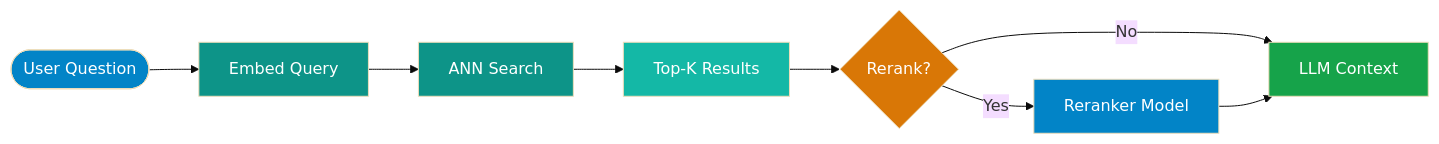
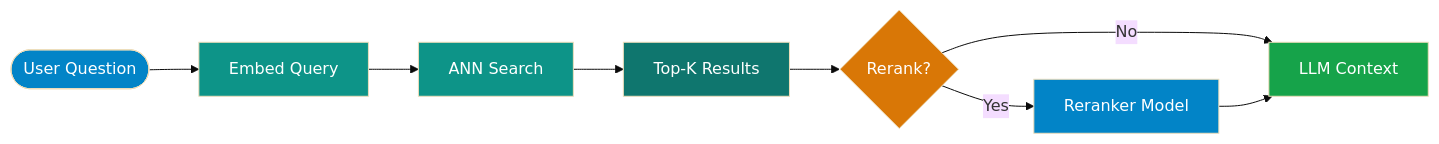
The second of 2 diagrams in docs/rag/vector-databases.md (nitin27may/ai-resources), drawn with Mermaid (base theme) before and after one commit. The commit also changed other lines of this file and 84 other files, not shown here.

````diff
--- a/docs/rag/vector-databases.md
+++ b/docs/rag/vector-databases.md
@@ -102,18 +161,18 @@
 ```mermaid
 flowchart LR
     A([User Question]) --> B[Embed Query]
     B --> C[ANN Search]
     C --> D[Top-K Results]
     D --> E{Rerank?}
     E -- Yes --> F[Reranker Model]
     E -- No --> G[LLM Context]
     F --> G
 
     style A fill:#0284c7,color:#fff
     style B fill:#0d9488,color:#fff
     style C fill:#0d9488,color:#fff
-    style D fill:#14b8a6,color:#fff
+    style D fill:#0f766e,color:#fff
     style E fill:#d97706,color:#fff
     style F fill:#0284c7,color:#fff
     style G fill:#16a34a,color:#fff
 ```
````
